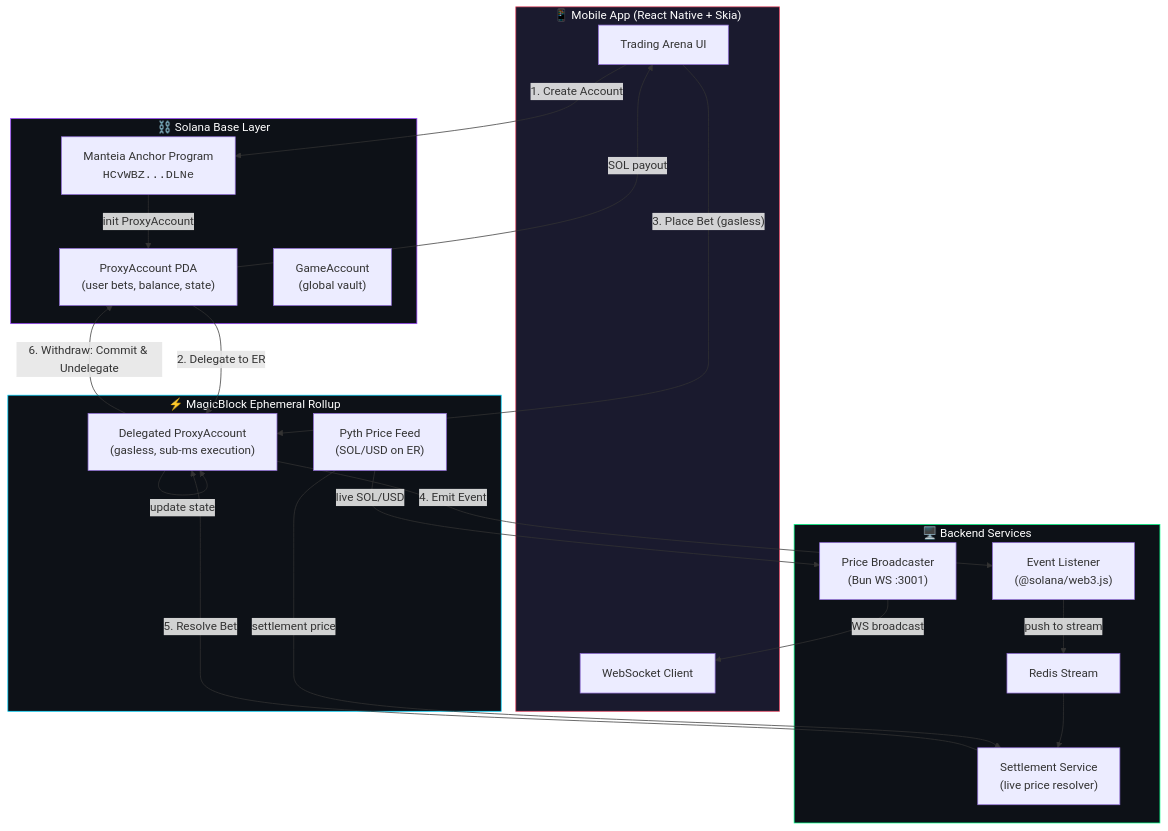
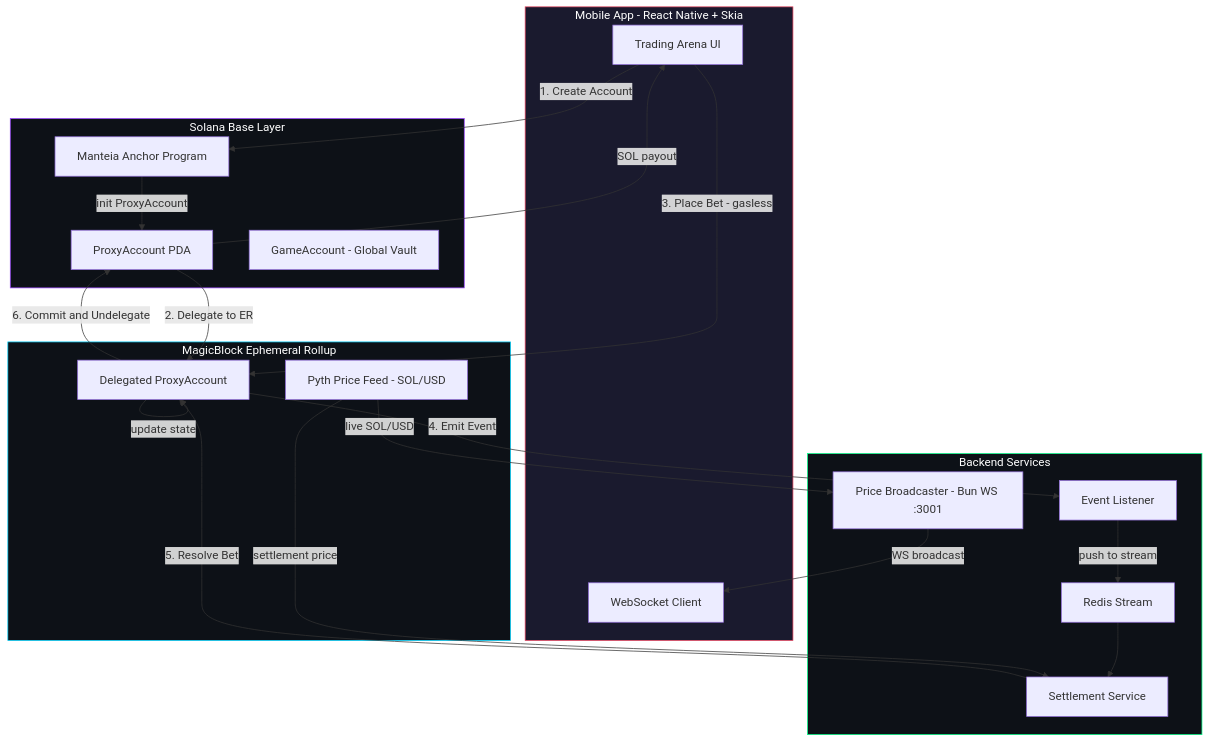
The first of 2 diagrams in README.md (0x-pankaj/Blitz-trade), drawn with Mermaid before and after one commit. The commit also changed other lines of this file, not shown here.

````diff
--- a/README.md
+++ b/README.md
@@ -31,51 +30,50 @@
 ```mermaid
 flowchart TB
-    subgraph Client["📱 Mobile App (React Native + Skia)"]
+    subgraph Client["Mobile App - React Native + Skia"]
         UI["Trading Arena UI"]
         WS_CLIENT["WebSocket Client"]
     end
 
-    subgraph Solana["⛓️ Solana Base Layer"]
-        PROGRAM["Manteia Anchor Program<br/><code>HCvWBZ...DLNe</code>"]
-        PDA["ProxyAccount PDA<br/>(user bets, balance, state)"]
-        GAME["GameAccount<br/>(global vault)"]
+    subgraph Solana["Solana Base Layer"]
+        PROGRAM["Manteia Anchor Program"]
+        PDA["ProxyAccount PDA"]
+        GAME["GameAccount - Global Vault"]
     end
 
-    subgraph MagicBlock["⚡ MagicBlock Ephemeral Rollup"]
-        ER_STATE["Delegated ProxyAccount<br/>(gasless, sub-ms execution)"]
-        PYTH_ER["Pyth Price Feed<br/>(SOL/USD on ER)"]
+    subgraph MagicBlock["MagicBlock Ephemeral Rollup"]
+        ER_STATE["Delegated ProxyAccount"]
+        PYTH_ER["Pyth Price Feed - SOL/USD"]
     end
 
-    subgraph Backend["🖥️ Backend Services"]
-        PRICE["Price Broadcaster<br/>(Bun WS :3001)"]
-        EVENTS["Event Listener<br/>(@solana/web3.js)"]
+    subgraph Backend["Backend Services"]
+        PRICE["Price Broadcaster - Bun WS :3001"]
+        EVENTS["Event Listener"]
         REDIS["Redis Stream"]
-        SETTLE["Settlement Service<br/>(live price resolver)"]
+        SETTLE["Settlement Service"]
     end
 
-    %% User Flow
     UI -- "1. Create Account" --> PROGRAM
     PROGRAM -- "init ProxyAccount" --> PDA
     PDA -- "2. Delegate to ER" --> ER_STATE
 
-    UI -- "3. Place Bet (gasless)" --> ER_STATE
+    UI -- "3. Place Bet - gasless" --> ER_STATE
     ER_STATE -- "update state" --> ER_STATE
 
     ER_STATE -- "4. Emit Event" --> EVENTS
     EVENTS -- "push to stream" --> REDIS
     REDIS --> SETTLE
 
     PYTH_ER -- "live SOL/USD" --> PRICE
     PRICE -- "WS broadcast" --> WS_CLIENT
     PYTH_ER -- "settlement price" --> SETTLE
 
     SETTLE -- "5. Resolve Bet" --> ER_STATE
 
-    ER_STATE -- "6. Withdraw: Commit & Undelegate" --> PDA
+    ER_STATE -- "6. Commit and Undelegate" --> PDA
     PDA -- "SOL payout" --> UI
 
     style Client fill:#1a1a2e,stroke:#e94560,color:#fff
     style Solana fill:#0d1117,stroke:#9945FF,color:#fff
     style MagicBlock fill:#0d1117,stroke:#00d4ff,color:#fff
     style Backend fill:#0d1117,stroke:#00ff88,color:#fff
 ```
````
